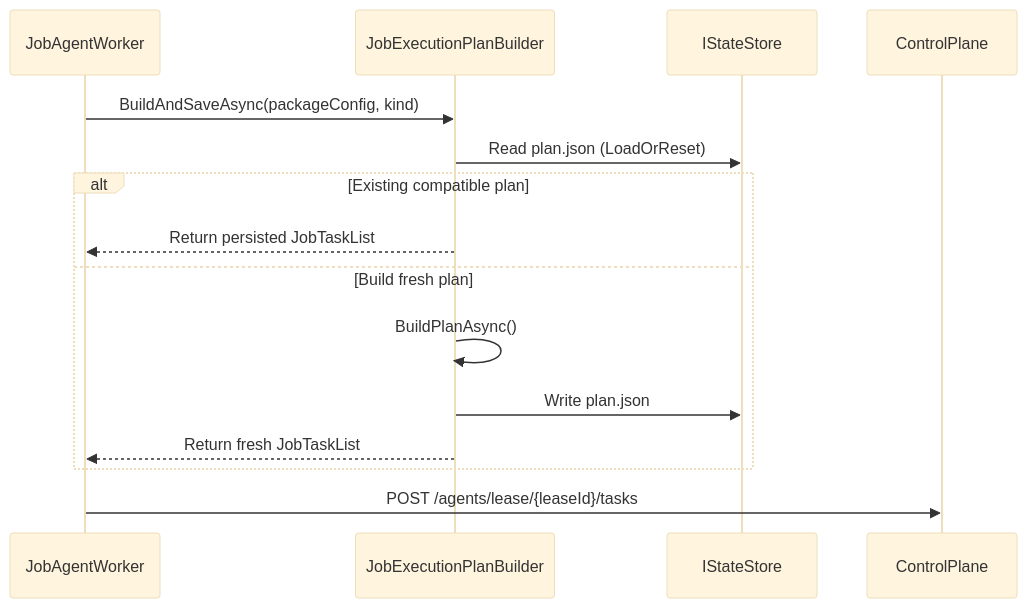
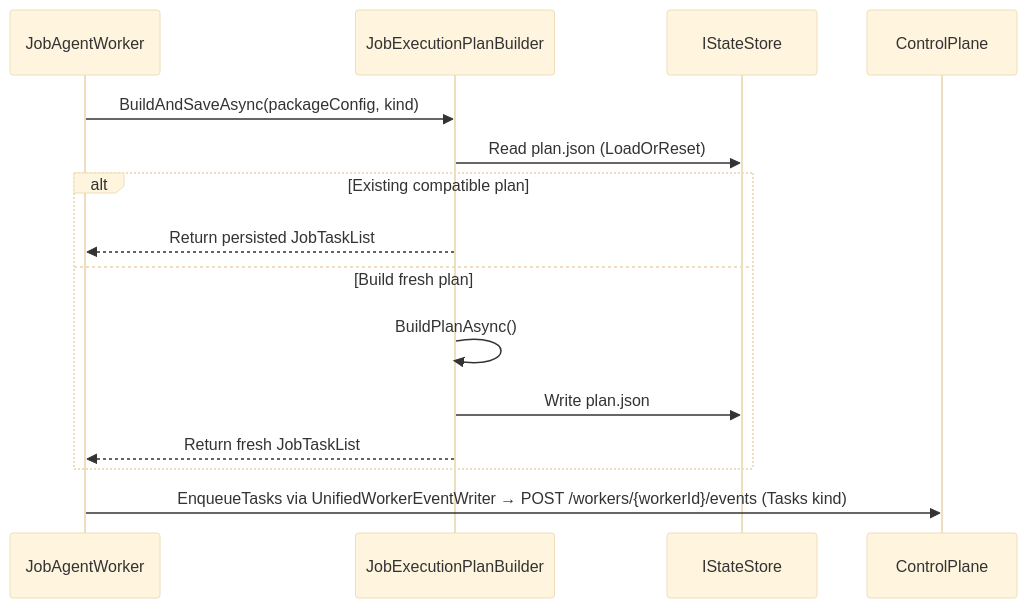
Before and after one commit to nkdAgility/azure-devops-migration-platform: the diagram in .agents/10-contracts/specs/task-plan-contract.md, drawn with Mermaid (base theme). The commit also changed 652 other files, not shown here.

````diff
--- a/.agents/10-contracts/specs/task-plan-contract.md
+++ b/.agents/10-contracts/specs/task-plan-contract.md
@@ -20,18 +20,18 @@
 ```mermaid
 sequenceDiagram
   participant JW as JobAgentWorker
   participant TB as JobExecutionPlanBuilder
   participant ST as IStateStore
   participant CP as ControlPlane
 
   JW->>TB: BuildAndSaveAsync(packageConfig, kind)
   TB->>ST: Read plan.json (LoadOrReset)
   alt Existing compatible plan
     TB-->>JW: Return persisted JobTaskList
   else Build fresh plan
     TB->>TB: BuildPlanAsync()
     TB->>ST: Write plan.json
     TB-->>JW: Return fresh JobTaskList
   end
-  JW->>CP: POST /agents/lease/{leaseId}/tasks
+  JW->>CP: EnqueueTasks via UnifiedWorkerEventWriter → POST /workers/{workerId}/events (Tasks kind)
 ```
````
